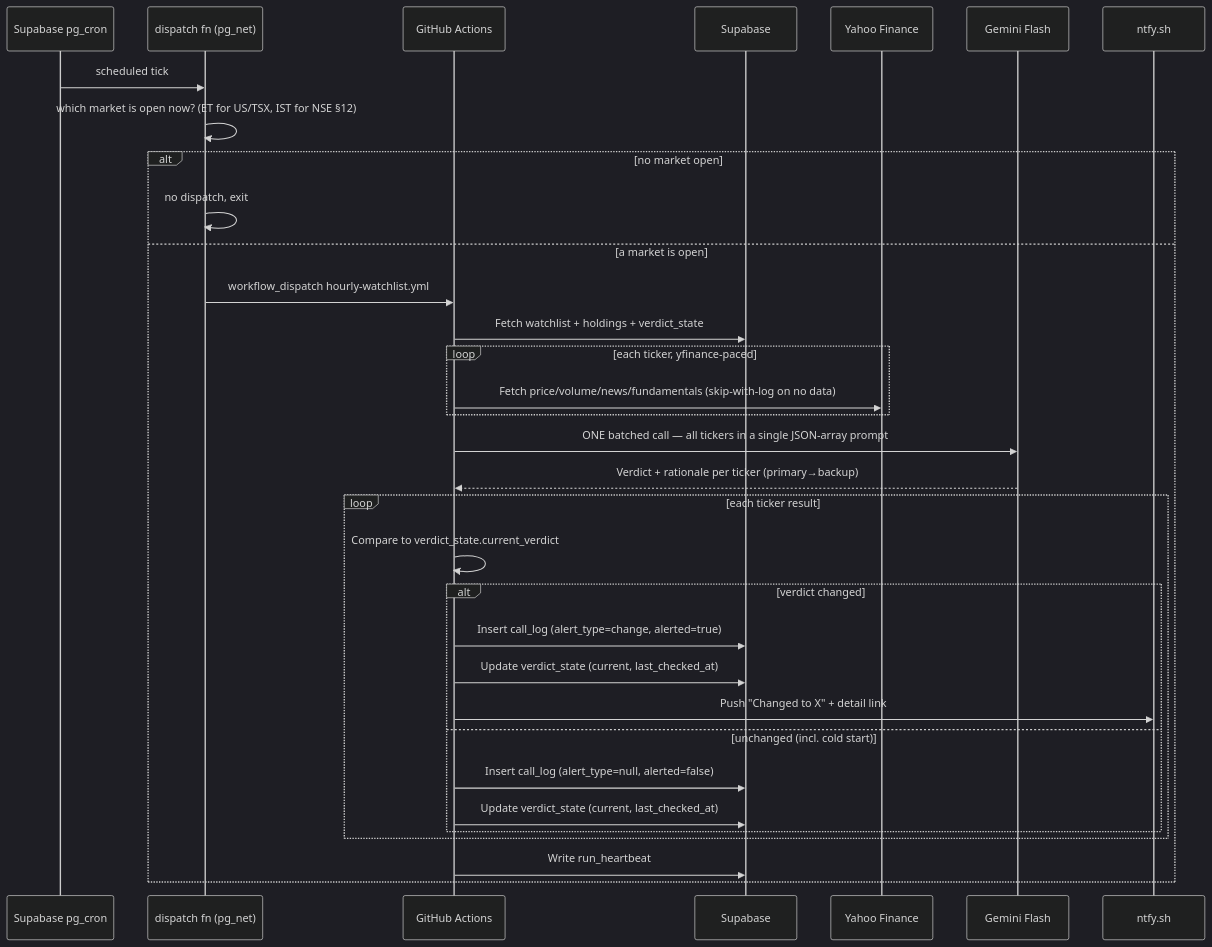
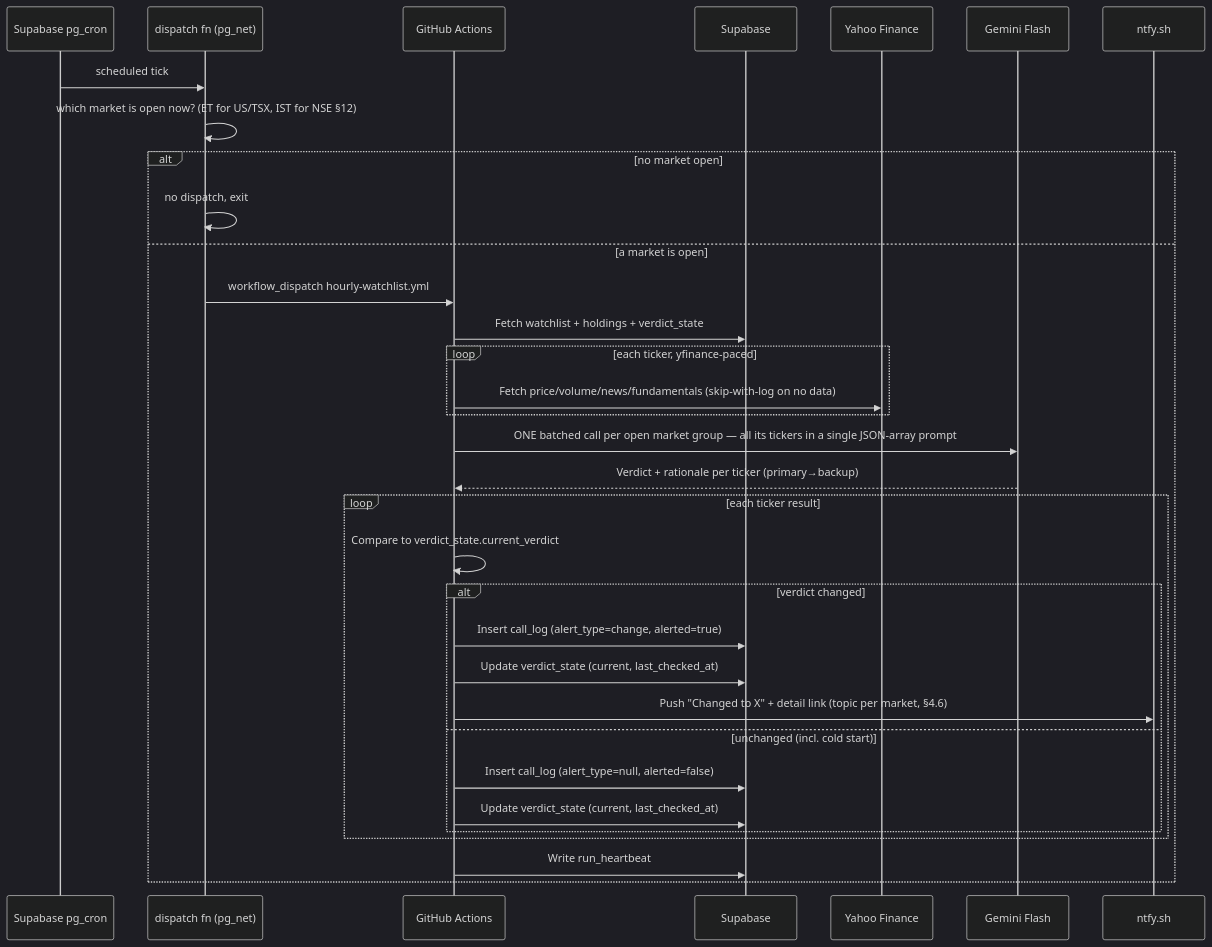
Before and after one commit to arjun-batra/stock-advisory-analysis: the second of 3 diagrams in requirements_docs/SD.md, drawn with Mermaid (dark theme). The commit also changed other lines of this file and 1 other file, not shown here.

Commit message:
SD v13 → v14: document Part-1 issue cleanup (#13-#18) + Phase 6 (NSE) + Phase 7 (dashboard) as live, correct §13's live-price architecture (server-published prices.json, not direct browser fetch), fix §8 stale self-reference

````diff
--- a/requirements_docs/SD.md
+++ b/requirements_docs/SD.md
@@ -535,36 +587,36 @@
 ```mermaid
 sequenceDiagram
     participant PGCRON as Supabase pg_cron
     participant FN as dispatch fn (pg_net)
     participant GH as GitHub Actions
     participant SB as Supabase
     participant YF as Yahoo Finance
     participant AI as Gemini Flash
     participant NTFY as ntfy.sh
- 
+
     PGCRON->>FN: scheduled tick
     FN->>FN: which market is open now? (ET for US/TSX, IST for NSE §12)
     alt no market open
         FN->>FN: no dispatch, exit
     else a market is open
         FN->>GH: workflow_dispatch hourly-watchlist.yml
         GH->>SB: Fetch watchlist + holdings + verdict_state
         loop each ticker, yfinance-paced
             GH->>YF: Fetch price/volume/news/fundamentals (skip-with-log on no data)
         end
-        GH->>AI: ONE batched call — all tickers in a single JSON-array prompt
+        GH->>AI: ONE batched call per open market group — all its tickers in a single JSON-array prompt
         AI-->>GH: Verdict + rationale per ticker (primary→backup)
         loop each ticker result
             GH->>GH: Compare to verdict_state.current_verdict
             alt verdict changed
                 GH->>SB: Insert call_log (alert_type=change, alerted=true)
                 GH->>SB: Update verdict_state (current, last_checked_at)
-                GH->>NTFY: Push "Changed to X" + detail link
+                GH->>NTFY: Push "Changed to X" + detail link (topic per market, §4.6)
             else unchanged (incl. cold start)
                 GH->>SB: Insert call_log (alert_type=null, alerted=false)
                 GH->>SB: Update verdict_state (current, last_checked_at)
             end
         end
         GH->>SB: Write run_heartbeat
     end
 ```
````
